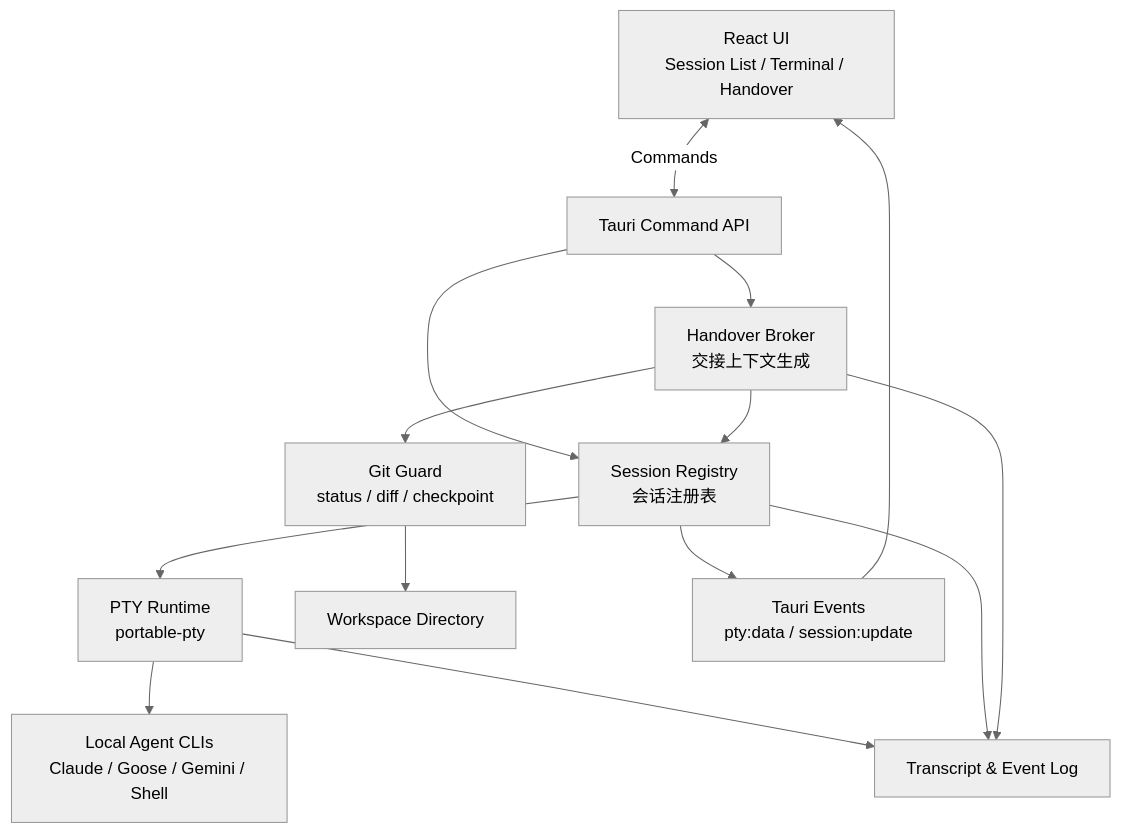
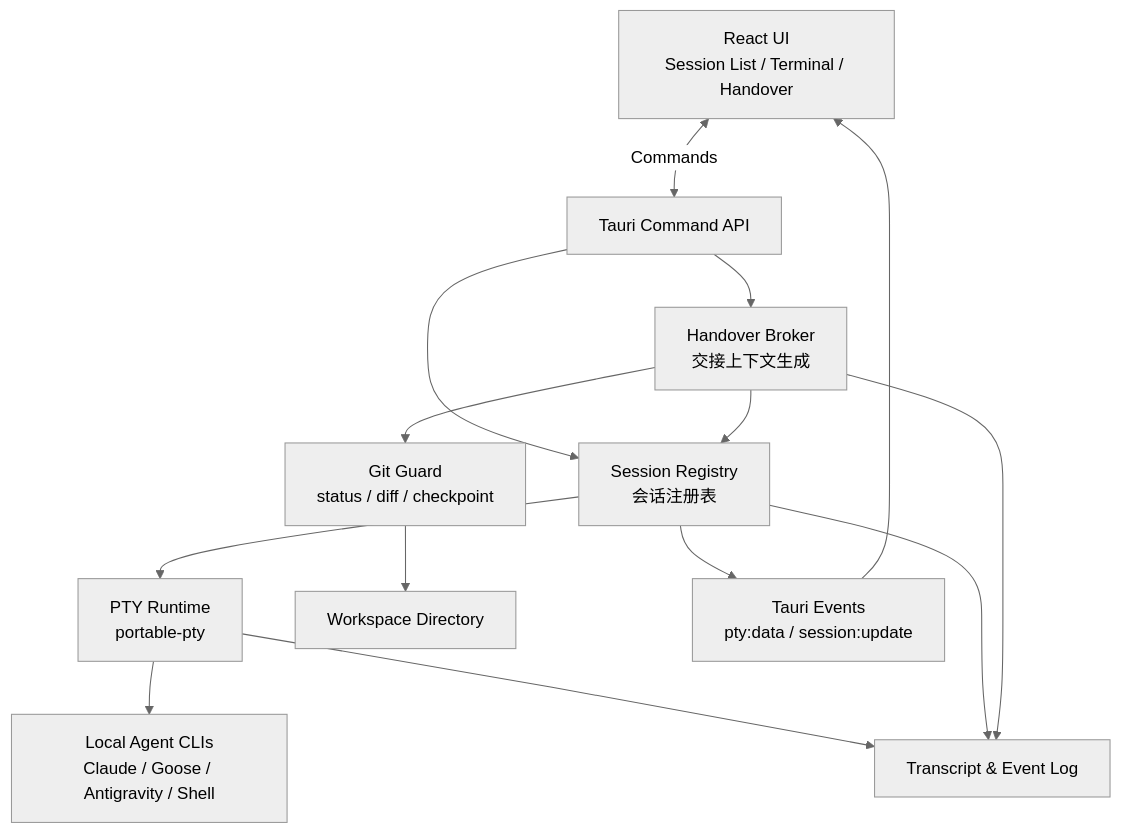
Before and after one commit to cola-sk/waypoint: the first of 6 diagrams in AGENTRELAY_TECHNICAL_DESIGN.md, drawn with Mermaid (neutral theme). The commit also changed other lines of this file and 6 other files, not shown here.

First line of the commit message:
refactor: rename Gemini CLI agent to Antigravity CLI (agy)

````diff
--- a/AGENTRELAY_TECHNICAL_DESIGN.md
+++ b/AGENTRELAY_TECHNICAL_DESIGN.md
@@ -79,19 +79,19 @@
 ```mermaid
 graph TD
     UI["React UI<br/>Session List / Terminal / Handover"] <-->|Commands| API["Tauri Command API"]
     API --> Registry["Session Registry<br/>会话注册表"]
     Registry --> PTY["PTY Runtime<br/>portable-pty"]
-    PTY --> AgentCLI["Local Agent CLIs<br/>Claude / Goose / Gemini / Shell"]
+    PTY --> AgentCLI["Local Agent CLIs<br/>Claude / Goose / Antigravity / Shell"]
 
     PTY --> Log["Transcript & Event Log"]
     Registry --> Log
 
     API --> Broker["Handover Broker<br/>交接上下文生成"]
     Broker --> Log
     Broker --> Git["Git Guard<br/>status / diff / checkpoint"]
     Git --> Workspace["Workspace Directory"]
 
     Broker --> Registry
     Registry --> UIEvents["Tauri Events<br/>pty:data / session:update"]
     UIEvents --> UI
 ```
````
